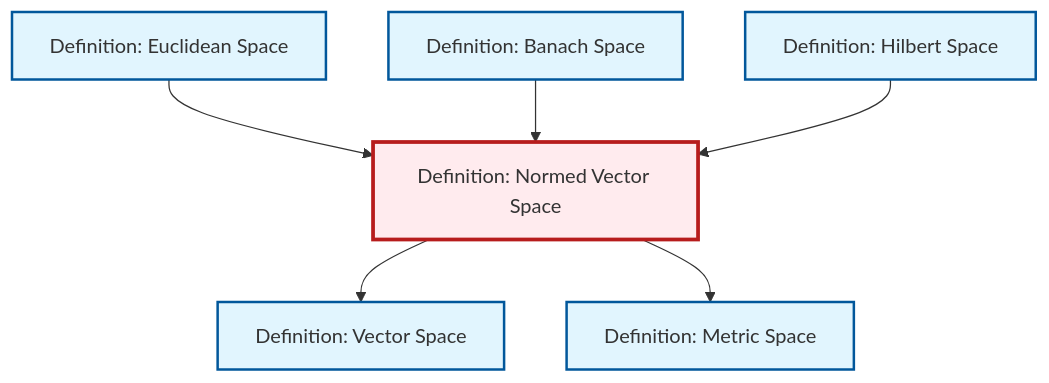
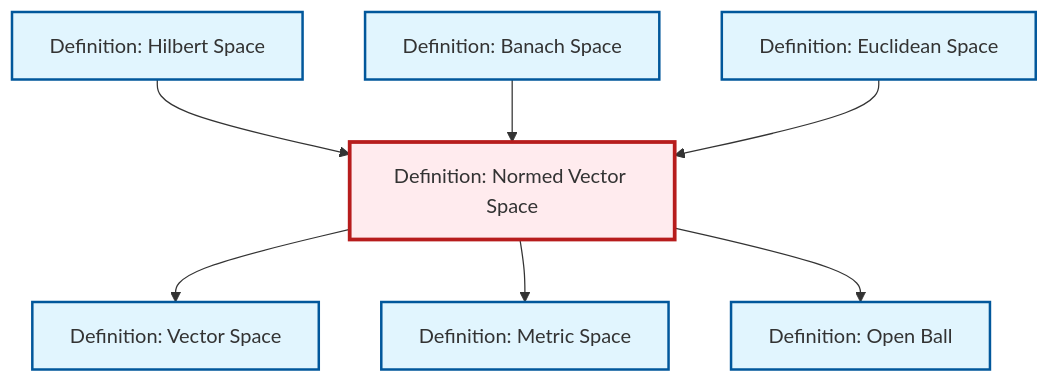
One commit to RK0429/ModernMath changed the diagram in content/en/analysis/def-normed-vector-space.qmd. Above: the diagram before and after it, drawn with Mermaid. The commit also changed 1069 other files, not shown here.

````diff
--- a/content/en/analysis/def-normed-vector-space.qmd
+++ b/content/en/analysis/def-normed-vector-space.qmd
@@ -132,26 +132,29 @@
 ```{mermaid}
 %%| fig-cap: "Local dependency graph"
 graph TD
     classDef definition fill:#e1f5fe,stroke:#01579b,stroke-width:2px
     classDef theorem fill:#f3e5f5,stroke:#4a148c,stroke-width:2px
     classDef axiom fill:#fff3e0,stroke:#e65100,stroke-width:2px
     classDef example fill:#e8f5e9,stroke:#1b5e20,stroke-width:2px
     classDef current fill:#ffebee,stroke:#b71c1c,stroke-width:3px
-    def-euclidean-space["Definition: Euclidean Space"]:::definition
-    def-hilbert-space["Definition: Hilbert Space"]:::definition
-    def-metric-space["Definition: Metric Space"]:::definition
-    def-normed-vector-space["Definition: Normed Vector Space"]:::definition
     def-banach-space["Definition: Banach Space"]:::definition
     def-vector-space["Definition: Vector Space"]:::definition
+    def-normed-vector-space["Definition: Normed Vector Space"]:::definition
+    def-metric-space["Definition: Metric Space"]:::definition
+    def-hilbert-space["Definition: Hilbert Space"]:::definition
+    def-open-ball["Definition: Open Ball"]:::definition
+    def-euclidean-space["Definition: Euclidean Space"]:::definition
+    def-hilbert-space --> def-normed-vector-space
+    def-normed-vector-space --> def-vector-space
+    def-banach-space --> def-normed-vector-space
+    def-normed-vector-space --> def-metric-space
     def-euclidean-space --> def-normed-vector-space
-    def-banach-space --> def-normed-vector-space
-    def-normed-vector-space --> def-vector-space
-    def-hilbert-space --> def-normed-vector-space
-    def-normed-vector-space --> def-metric-space
+    def-normed-vector-space --> def-open-ball
     class def-normed-vector-space current
-    click def-euclidean-space "def-euclidean-space.html" "Go to Euclidean Space definition"
-    click def-hilbert-space "def-hilbert-space.html" "Go to Hilbert Space definition"
-    click def-metric-space "def-metric-space.html" "Go to Metric Space definition"
     click def-banach-space "def-banach-space.html" "Go to Banach Space definition"
     click def-vector-space "def-vector-space.html" "Go to Vector Space definition"
+    click def-metric-space "def-metric-space.html" "Go to Metric Space definition"
+    click def-hilbert-space "def-hilbert-space.html" "Go to Hilbert Space definition"
+    click def-open-ball "def-open-ball.html" "Go to Open Ball definition"
+    click def-euclidean-space "def-euclidean-space.html" "Go to Euclidean Space definition"
 ```
````
